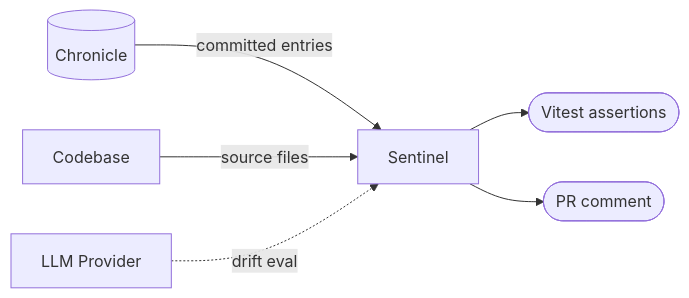
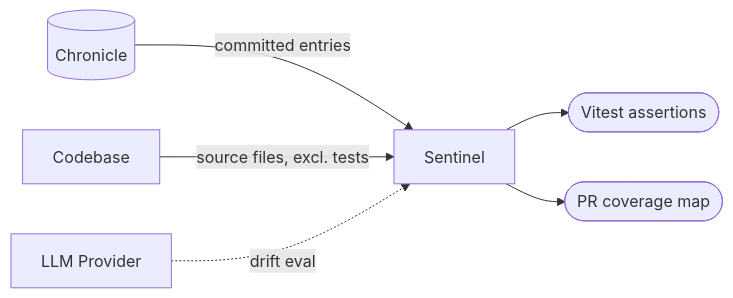
Before and after one commit to balpal4495/Quorum: the third of 3 diagrams in README.md, drawn with Mermaid. The commit also changed other lines of this file and 1 other file, not shown here.

First line of the commit message:
docs: update README and modules/README for Sentinel coverage map redesign

````diff
--- a/README.md
+++ b/README.md
@@ -171,8 +180,8 @@
 ```mermaid
 flowchart LR
     Chronicle[(Chronicle)] -->|committed entries| Sentinel
-    Codebase[Codebase] -->|source files| Sentinel
+    Codebase[Codebase] -->|source files, excl. tests| Sentinel
     LLM[LLM Provider] -. drift eval .-> Sentinel
     Sentinel --> Vitest([Vitest assertions])
-    Sentinel --> PRComment([PR comment])
+    Sentinel --> PRComment([PR coverage map])
 ```
````
